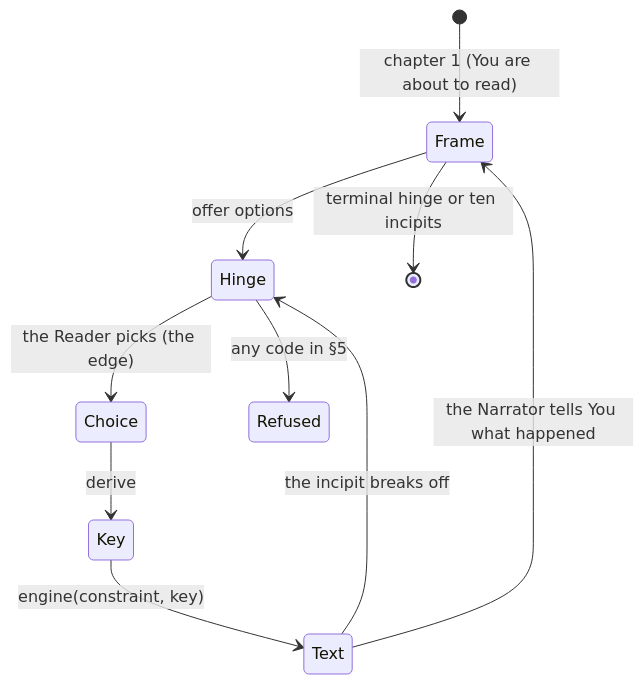
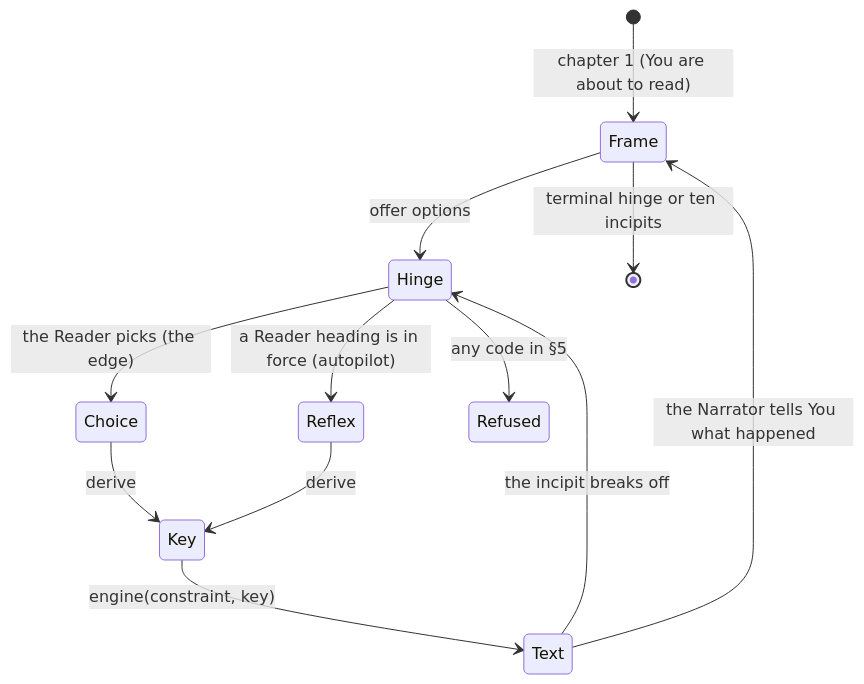
The diagram in docs/follow-agent-contract.md (wetware-hq/tulip), drawn with Mermaid before and after one commit. The commit also changed other lines of this file and 11 other files, not shown here.

````diff
--- a/docs/follow-agent-contract.md
+++ b/docs/follow-agent-contract.md
@@ -125,12 +135,14 @@
 ```mermaid { type: notebook.cell }
 stateDiagram-v2
     [*] --> Frame: chapter 1 (You are about to read)
     Frame --> Hinge: offer options
     Hinge --> Choice: the Reader picks (the edge)
+    Hinge --> Reflex: a Reader heading is in force (autopilot)
     Choice --> Key: derive
+    Reflex --> Key: derive
     Key --> Text: engine(constraint, key)
     Text --> Hinge: the incipit breaks off
     Text --> Frame: the Narrator tells You what happened
     Hinge --> Refused: any code in §5
     Frame --> [*]: terminal hinge or ten incipits
 ```
````
